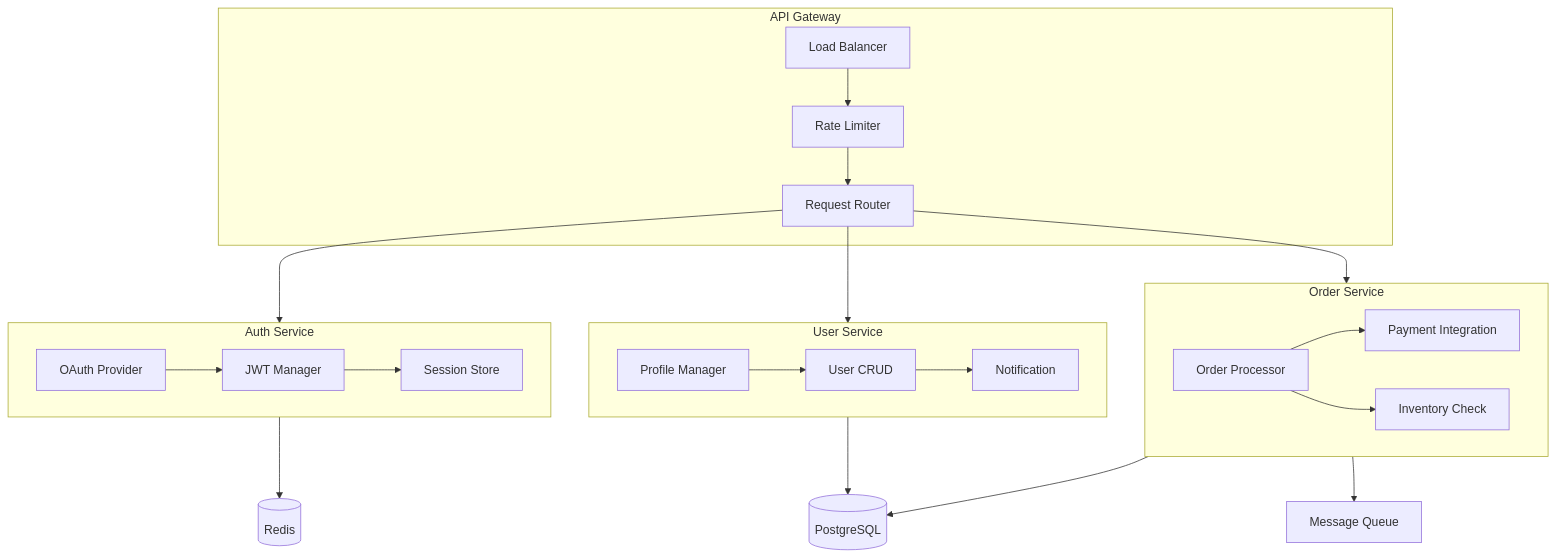
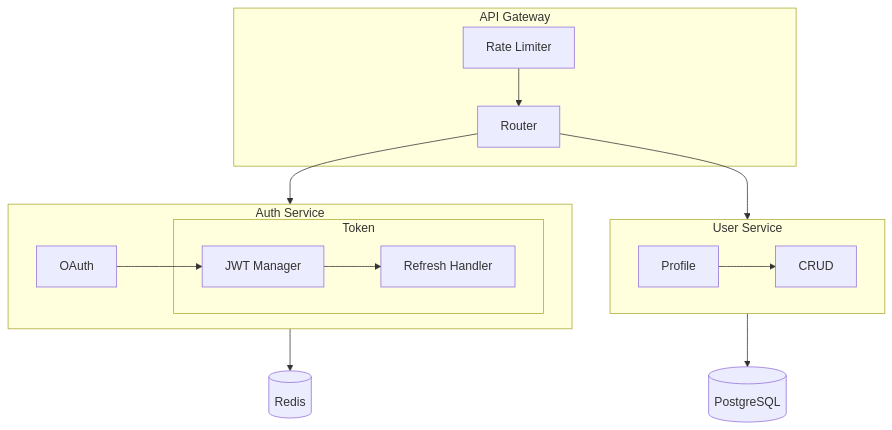
Before and after one commit to henry3556108/mermaid-render: the diagram in diagrams/L2-backend.mmd, drawn with Mermaid. The commit also changed 4 other files, not shown here.

Commit message:
Simplify sample diagram

```diff
--- a/diagrams/L2-backend.mmd
+++ b/diagrams/L2-backend.mmd
@@ -1,40 +1,27 @@
 graph TB
   subgraph Gateway["API Gateway"]
-    LoadBalancer["Load Balancer"]
     RateLimiter["Rate Limiter"]
-    RequestRouter["Request Router"]
-    LoadBalancer --> RateLimiter
-    RateLimiter --> RequestRouter
+    Router["Router"]
+    RateLimiter --> Router
   end
 
   subgraph AuthService["Auth Service"]
-    JWTManager["JWT Manager"]
-    OAuth["OAuth Provider"]
-    SessionStore["Session Store"]
-    JWTManager --> SessionStore
-    OAuth --> JWTManager
+    subgraph TokenMgmt["Token"]
+      JWT["JWT Manager"]
+      Refresh["Refresh Handler"]
+      JWT --> Refresh
+    end
+    OAuth["OAuth"]
+    OAuth --> JWT
   end
 
   subgraph UserSvc["User Service"]
-    UserCRUD["User CRUD"]
-    ProfileManager["Profile Manager"]
-    NotificationSvc["Notification"]
-    UserCRUD --> NotificationSvc
-    ProfileManager --> UserCRUD
+    UserCRUD["CRUD"]
+    Profile["Profile"]
+    Profile --> UserCRUD
   end
 
-  subgraph OrderSvc["Order Service"]
-    OrderProcessor["Order Processor"]
-    PaymentIntegration["Payment Integration"]
-    InventoryCheck["Inventory Check"]
-    OrderProcessor --> PaymentIntegration
-    OrderProcessor --> InventoryCheck
-  end
-
-  RequestRouter --> AuthService
-  RequestRouter --> UserSvc
-  RequestRouter --> OrderSvc
+  Router --> AuthService
+  Router --> UserSvc
   AuthService --> Cache[("Redis")]
   UserSvc --> DB[("PostgreSQL")]
-  OrderSvc --> DB
-  OrderSvc --> MQ["Message Queue"]
```
